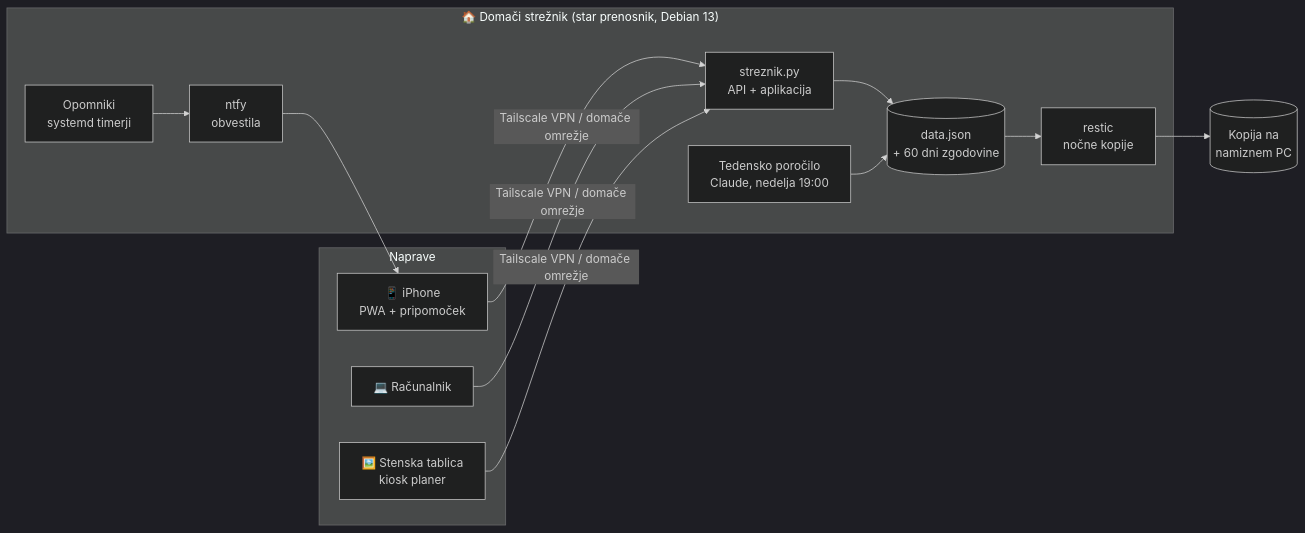
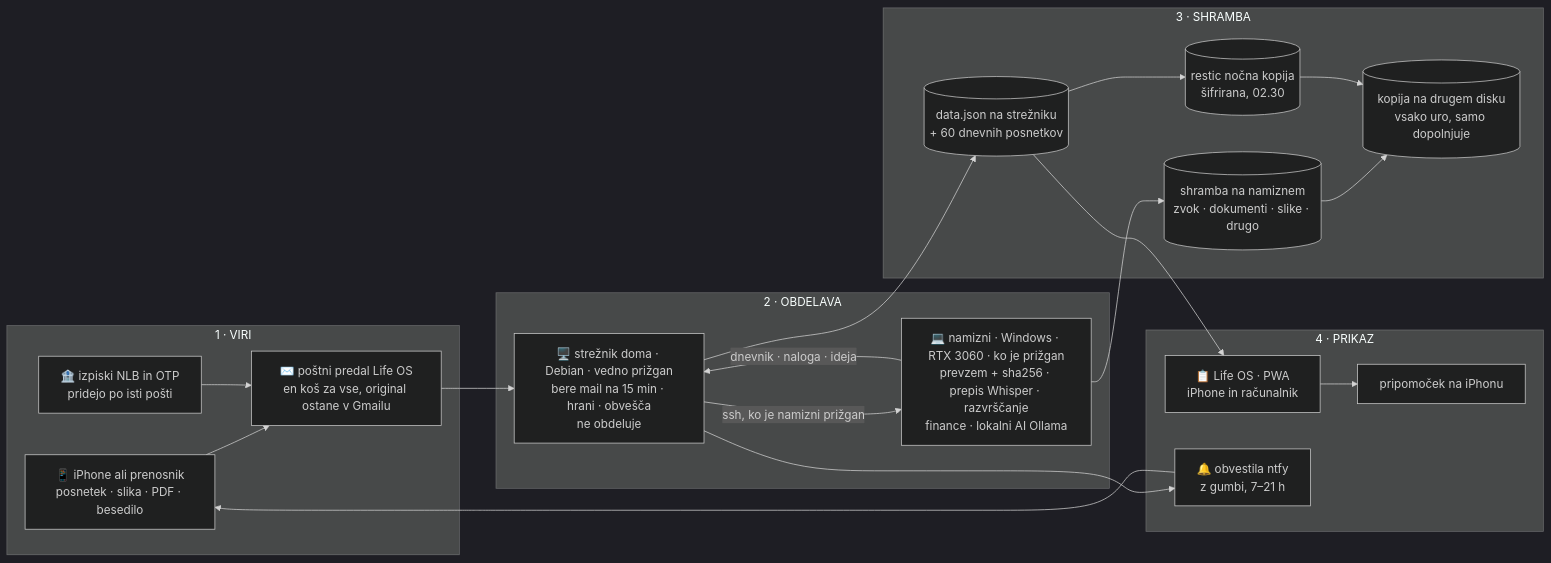
One commit to planinsek15/life-os changed the diagram in README.md. Above: the diagram before and after it, drawn with Mermaid (dark theme). The commit also changed other lines of this file and 3 other files, not shown here.

````diff
--- a/README.md
+++ b/README.md
@@ -69,21 +67,31 @@
 ```mermaid
 flowchart LR
-    subgraph Naprave
-        P[📱 iPhone<br/>PWA + pripomoček]
-        R[💻 Računalnik]
-        T[🖼️ Stenska tablica<br/>kiosk planer]
+    subgraph V["1 · VIRI"]
+        TEL["📱 iPhone ali prenosnik<br/>posnetek · slika · PDF · besedilo"]
+        MAIL["✉️ poštni predal Life OS<br/>en koš za vse, original ostane v Gmailu"]
+        BANKA["🏦 izpiski NLB in OTP<br/>pridejo po isti pošti"]
     end
-    subgraph Doma["🏠 Domači strežnik (star prenosnik, Debian 13)"]
-        S[streznik.py<br/>API + aplikacija]
-        D[(data.json<br/>+ 60 dni zgodovine)]
-        O[Opomniki<br/>systemd timerji]
-        AI[Tedensko poročilo<br/>Claude, nedelja 19:00]
-        N[ntfy<br/>obvestila]
-        K[restic<br/>nočne kopije]
+    subgraph O["2 · OBDELAVA"]
+        SRV["🖥️ strežnik doma · Debian · vedno prižgan<br/>bere mail na 15 min · hrani · obvešča<br/>ne obdeluje"]
+        NAM["💻 namizni · Windows · RTX 3060 · ko je prižgan<br/>prevzem + sha256 · prepis Whisper · razvrščanje<br/>finance · lokalni AI Ollama"]
     end
-    P & R & T -- Tailscale VPN / domače omrežje --> S
-    S --> D
-    O --> N --> P
-    AI --> D
-    D --> K --> PC[(Kopija na<br/>namiznem PC)]
+    subgraph S["3 · SHRAMBA"]
+        JSON[("data.json na strežniku<br/>+ 60 dnevnih posnetkov")]
+        SHR[("shramba na namiznem<br/>zvok · dokumenti · slike · drugo")]
+        D[("kopija na drugem disku<br/>vsako uro, samo dopolnjuje")]
+        RES[("restic nočna kopija<br/>šifrirana, 02.30")]
+    end
+    subgraph P["4 · PRIKAZ"]
+        APP["📋 Life OS · PWA<br/>iPhone in računalnik"]
+        NTFY["🔔 obvestila ntfy<br/>z gumbi, 7–21 h"]
+        WID["pripomoček na iPhonu"]
+    end
+    TEL --> MAIL --> SRV
+    BANKA --> MAIL
+    SRV -- "ssh, ko je namizni prižgan" --> NAM
+    NAM --> SHR --> D
+    NAM -- "dnevnik · naloga · ideja" --> SRV
+    SRV --> JSON --> APP --> WID
+    SRV --> NTFY --> TEL
+    JSON --> RES --> D
 ```
````
